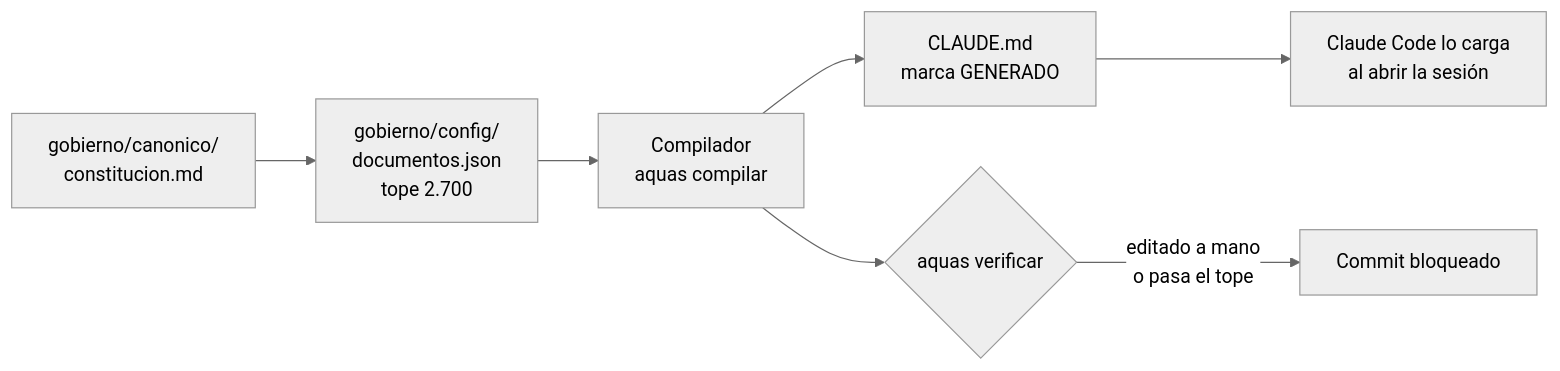
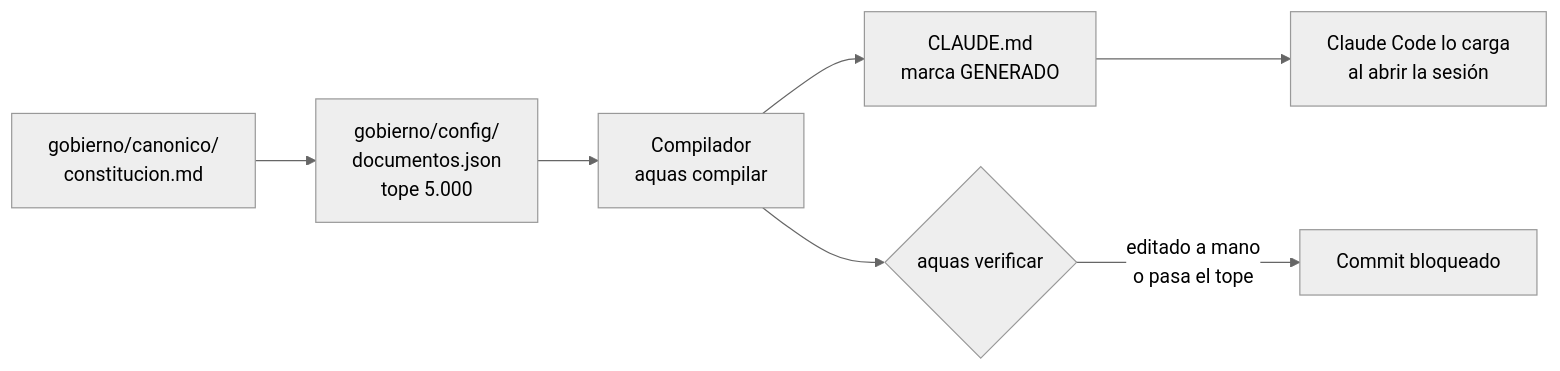
One commit to jliberal-aquas/aquas-central-harness-government changed the diagram in docs/ref/constitucion.md. Above: the diagram before and after it, drawn with Mermaid (neutral theme). The commit also changed other lines of this file and 1 other file, not shown here.

````diff
--- a/docs/ref/constitucion.md
+++ b/docs/ref/constitucion.md
@@ -40,9 +40,9 @@
 ```mermaid
 flowchart LR
-    C["gobierno/canonico/<br/>constitucion.md"] --> D["gobierno/config/<br/>documentos.json<br/>tope 2.700"]
+    C["gobierno/canonico/<br/>constitucion.md"] --> D["gobierno/config/<br/>documentos.json<br/>tope 5.000"]
     D --> K["Compilador<br/>aquas compilar"]
     K --> M["CLAUDE.md<br/>marca GENERADO"]
     M --> S["Claude Code lo carga<br/>al abrir la sesión"]
     K --> G{"aquas verificar"}
     G -- "editado a mano<br/>o pasa el tope" --> X["Commit bloqueado"]
 ```
````
